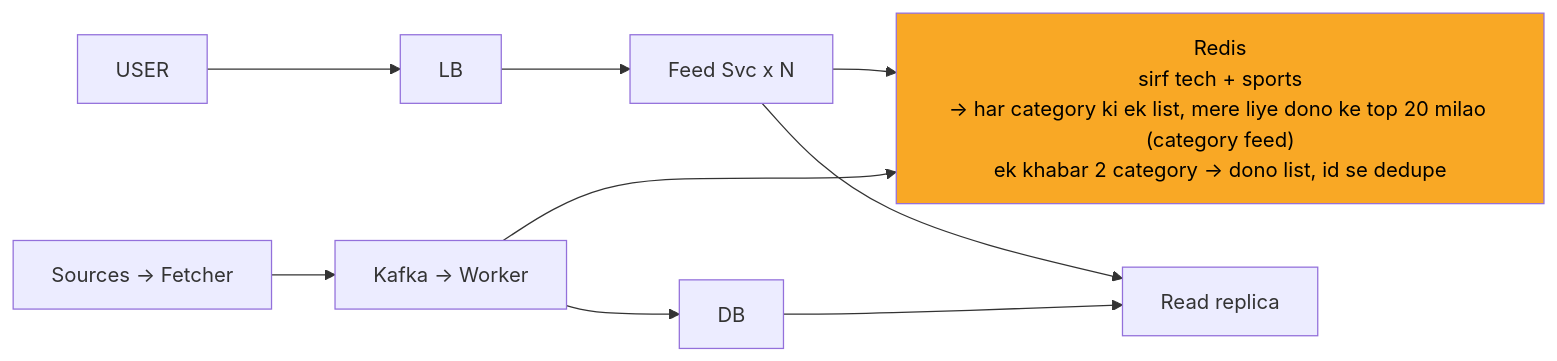
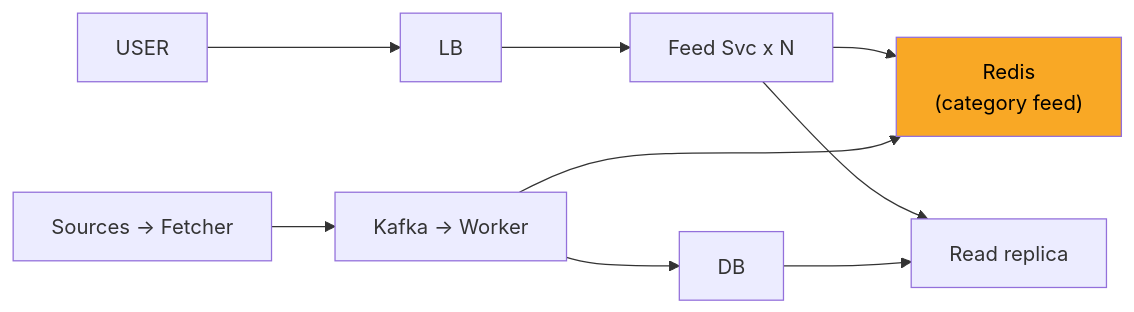
Before and after one commit to ArpanMaheshwari144/Prep: the diagram in 04_HLD/SYSTEM_DESIGNS/08_news_aggregator/img/c6.mmd, drawn with Mermaid. The commit also changed 36 other files, not shown here.

```diff
--- a/04_HLD/SYSTEM_DESIGNS/08_news_aggregator/img/c6.mmd
+++ b/04_HLD/SYSTEM_DESIGNS/08_news_aggregator/img/c6.mmd
@@ -1,19 +1,19 @@
 %%{init: {"flowchart": {"wrappingWidth": 450}}}%%
 flowchart LR
     n_USER["USER"]
     n_LB["LB"]
     n_Feed_Svc_xN["Feed Svc x N"]
-    n_Redis["Redis<br/>sirf tech + sports<br/>-> har category ki ek list, mere liye dono ke top 20 milao (category feed)<br/>ek khabar 2 category -> dono list, id se dedupe"]
+    n_Redis["Redis<br/>(category feed)"]
     n_Read_replica["Read replica"]
     n_DB["DB"]
     n_KW["Kafka -> Worker"]
     n_SF["Sources -> Fetcher"]
     n_USER --> n_LB
     n_LB --> n_Feed_Svc_xN
     n_Feed_Svc_xN --> n_Redis
     n_Feed_Svc_xN --> n_Read_replica
     n_DB --> n_Read_replica
     n_KW --> n_DB
     n_KW --> n_Redis
     n_SF --> n_KW
     style n_Redis fill:#f9a825,color:#000
```
